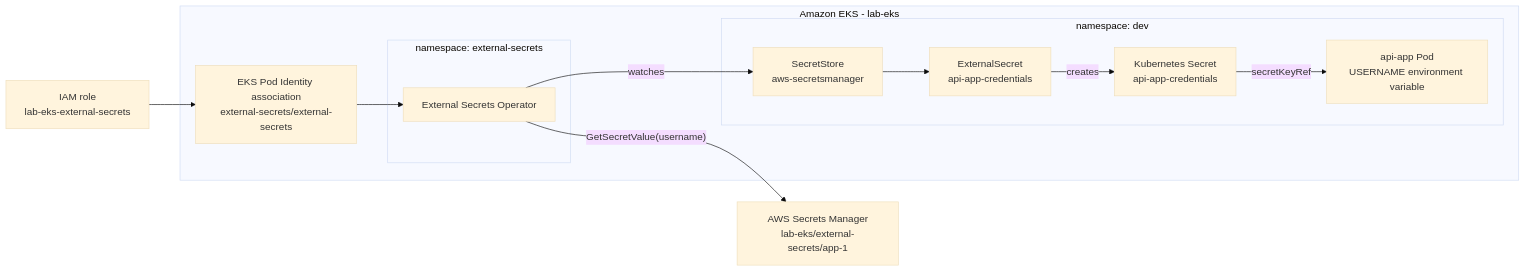
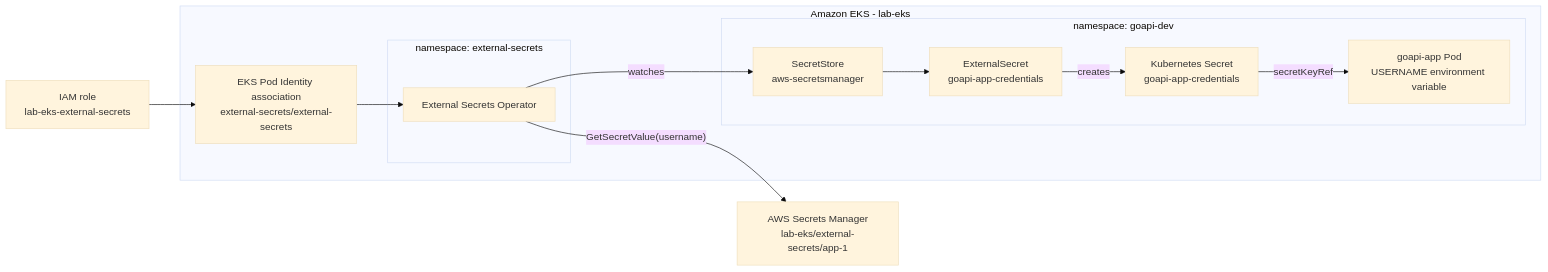
One commit to unedtamps/aws changed the third of 7 diagrams in aws_kube/k8s/README.md. Above: the diagram before and after it, drawn with Mermaid (base theme). The commit also changed other lines of this file and 32 other files, not shown here.

````diff
--- a/aws_kube/k8s/README.md
+++ b/aws_kube/k8s/README.md
@@ -245,28 +251,28 @@
 ```mermaid
 flowchart LR
     awsSecret["AWS Secrets Manager<br/>lab-eks/external-secrets/app-1"]
     iam["IAM role<br/>lab-eks-external-secrets"]
 
     subgraph eks["Amazon EKS - lab-eks"]
         association["EKS Pod Identity association<br/>external-secrets/external-secrets"]
 
         subgraph esoNs["namespace: external-secrets"]
             eso["External Secrets Operator"]
         end
 
-        subgraph devNs["namespace: dev"]
+        subgraph devNs["namespace: goapi-dev"]
             store["SecretStore<br/>aws-secretsmanager"]
-            externalSecret["ExternalSecret<br/>api-app-credentials"]
-            k8sSecret["Kubernetes Secret<br/>api-app-credentials"]
-            api["api-app Pod<br/>USERNAME environment variable"]
+            externalSecret["ExternalSecret<br/>goapi-app-credentials"]
+            k8sSecret["Kubernetes Secret<br/>goapi-app-credentials"]
+            api["goapi-app Pod<br/>USERNAME environment variable"]
         end
     end
 
     iam --> association
     association --> eso
     eso -->|"GetSecretValue(username)"| awsSecret
     eso -->|"watches"| store
     store --> externalSecret
     externalSecret -->|"creates"| k8sSecret
     k8sSecret -->|"secretKeyRef"| api
 ```
````
